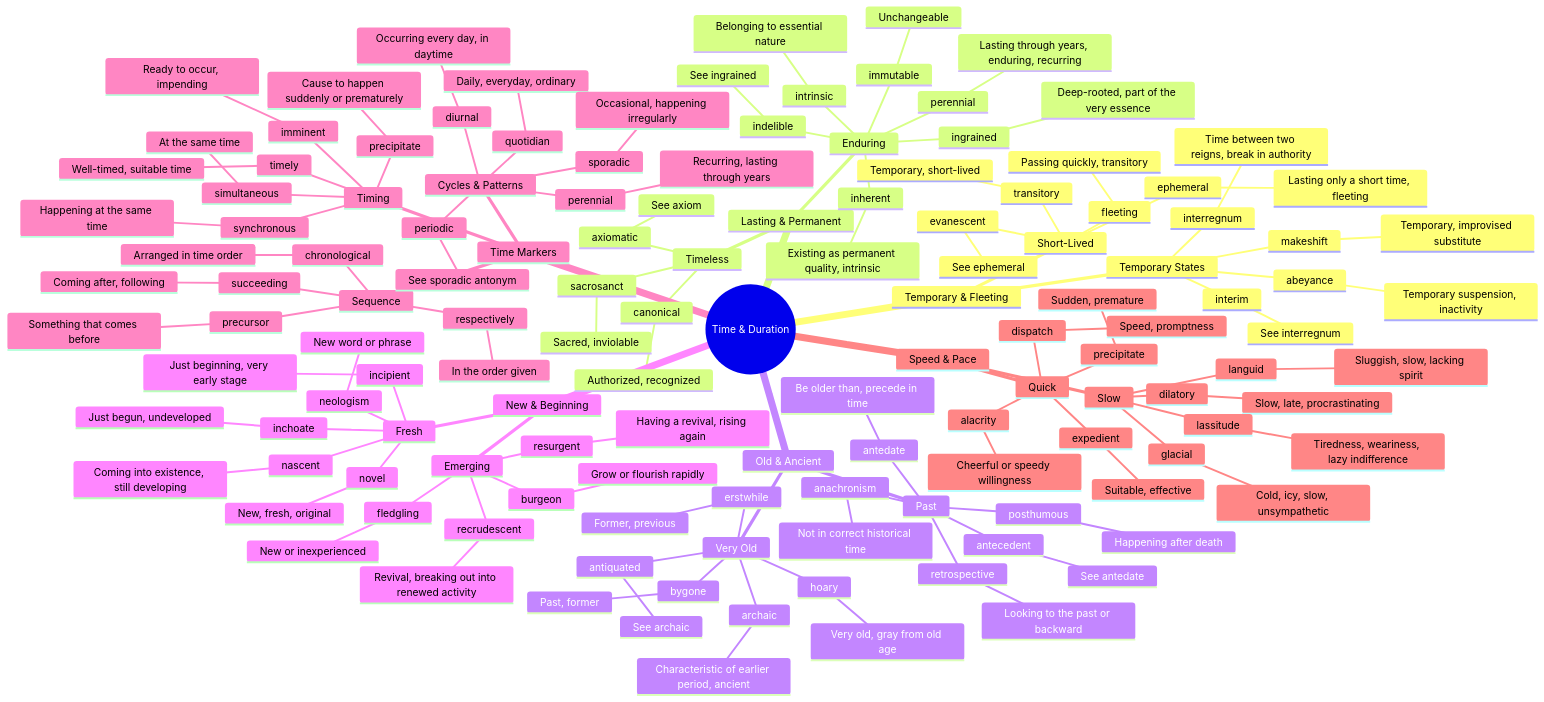
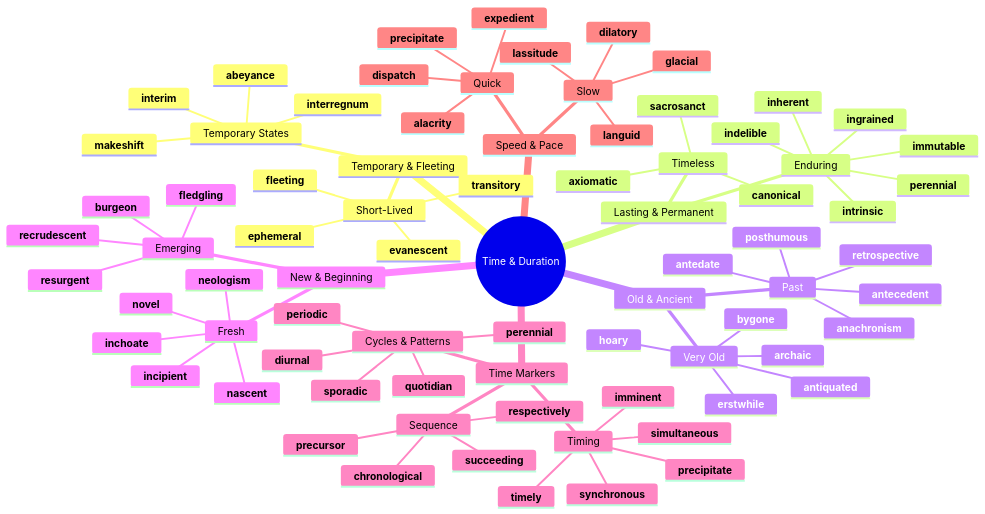
The first of 8 diagrams in mindmaps/15-time-and-duration.md (95anantsingh/gre-preparation), drawn with Mermaid before and after one commit. The commit also changed other lines of this file and 20 other files, not shown here.

````diff
--- a/mindmaps/15-time-and-duration.md
+++ b/mindmaps/15-time-and-duration.md
@@ -9,137 +7,79 @@
   root((Time & Duration))
     Temporary & Fleeting
       Short-Lived
-        ephemeral
-          Lasting only a short time, fleeting
-        fleeting
-          Passing quickly, transitory
-        transitory
-          Temporary, short-lived
-        evanescent
-          See ephemeral
+        **ephemeral**
+        **fleeting**
+        **transitory**
+        **evanescent**
       Temporary States
-        abeyance
-          Temporary suspension, inactivity
-        makeshift
-          Temporary, improvised substitute
-        interregnum
-          Time between two reigns, break in authority
-        interim
-          See interregnum
+        **abeyance**
+        **makeshift**
+        **interregnum**
+        **interim**
     Lasting & Permanent
       Enduring
-        perennial
-          Lasting through years, enduring, recurring
-        immutable
-          Unchangeable
-        indelible
-          See ingrained
-        ingrained
-          Deep-rooted, part of the very essence
-        inherent
-          Existing as permanent quality, intrinsic
-        intrinsic
-          Belonging to essential nature
+        **perennial**
+        **immutable**
+        **indelible**
+        **ingrained**
+        **inherent**
+        **intrinsic**
       Timeless
-        sacrosanct
-          Sacred, inviolable
-        canonical
-          Authorized, recognized
-        axiomatic
-          See axiom
+        **sacrosanct**
+        **canonical**
+        **axiomatic**
     Old & Ancient
       Very Old
-        archaic
-          Characteristic of earlier period, ancient
-        hoary
-          Very old, gray from old age
-        bygone
-          Past, former
-        erstwhile
-          Former, previous
-        antiquated
-          See archaic
+        **archaic**
+        **hoary**
+        **bygone**
+        **erstwhile**
+        **antiquated**
       Past
-        posthumous
-          Happening after death
-        retrospective
-          Looking to the past or backward
-        anachronism
-          Not in correct historical time
-        antecedent
-          See antedate
-        antedate
-          Be older than, precede in time
+        **posthumous**
+        **retrospective**
+        **anachronism**
+        **antecedent**
+        **antedate**
     New & Beginning
       Fresh
-        novel
-          New, fresh, original
-        nascent
-          Coming into existence, still developing
-        inchoate
-          Just begun, undeveloped
-        incipient
-          Just beginning, very early stage
-        neologism
-          New word or phrase
+        **novel**
+        **nascent**
+        **inchoate**
+        **incipient**
+        **neologism**
       Emerging
-        fledgling
-          New or inexperienced
-        burgeon
-          Grow or flourish rapidly
-        resurgent
-          Having a revival, rising again
-        recrudescent
-          Revival, breaking out into renewed activity
+        **fledgling**
+        **burgeon**
+        **resurgent**
+        **recrudescent**
     Time Markers
       Timing
-        timely
-          Well-timed, suitable time
-        precipitate
-          Cause to happen suddenly or prematurely
-        imminent
-          Ready to occur, impending
-        simultaneous
-          At the same time
-        synchronous
-          Happening at the same time
+        **timely**
+        **precipitate**
+        **imminent**
+        **simultaneous**
+        **synchronous**
       Sequence
-        chronological
-          Arranged in time order
-        precursor
-          Something that comes before
-        succeeding
-          Coming after, following
-        respectively
-          In the order given
+        **chronological**
+        **precursor**
+        **succeeding**
+        **respectively**
       Cycles & Patterns
-        diurnal
-          Occurring every day, in daytime
-        quotidian
-          Daily, everyday, ordinary
-        perennial
-          Recurring, lasting through years
-        sporadic
-          Occasional, happening irregularly
-        periodic
-          See sporadic antonym
+        **diurnal**
+        **quotidian**
+        **perennial**
+        **sporadic**
+        **periodic**
     Speed & Pace
       Quick
-        alacrity
-          Cheerful or speedy willingness
-        dispatch
-          Speed, promptness
-        precipitate
-          Sudden, premature
-        expedient
-          Suitable, effective
+        **alacrity**
+        **dispatch**
+        **precipitate**
+        **expedient**
       Slow
-        dilatory
-          Slow, late, procrastinating
-        glacial
-          Cold, icy, slow, unsympathetic
-        languid
-          Sluggish, slow, lacking spirit
-        lassitude
-          Tiredness, weariness, lazy indifference
+        **dilatory**
+        **glacial**
+        **languid**
+        **lassitude**
 ```
````
